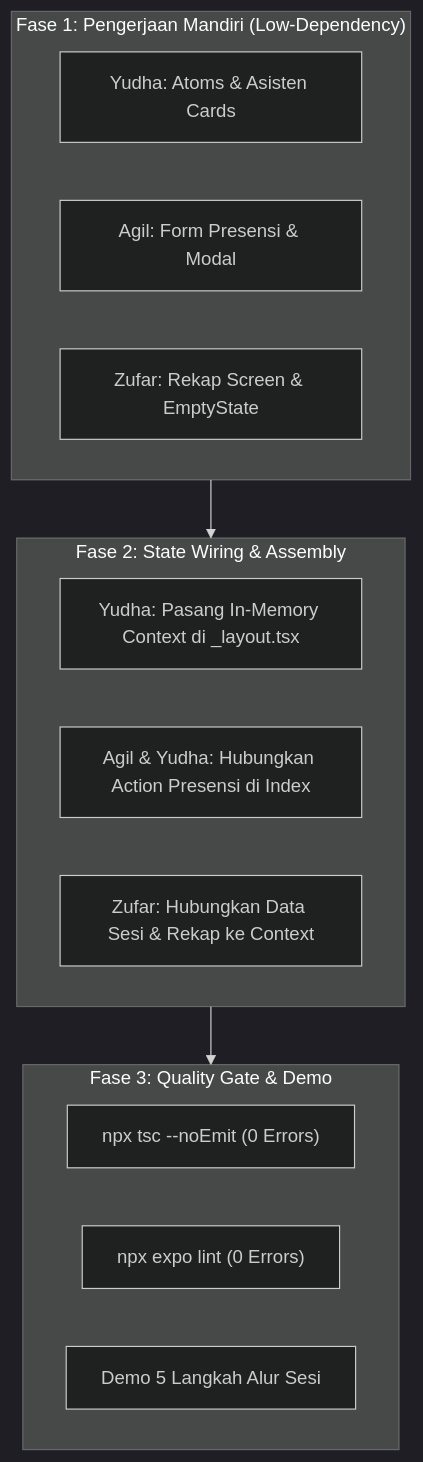
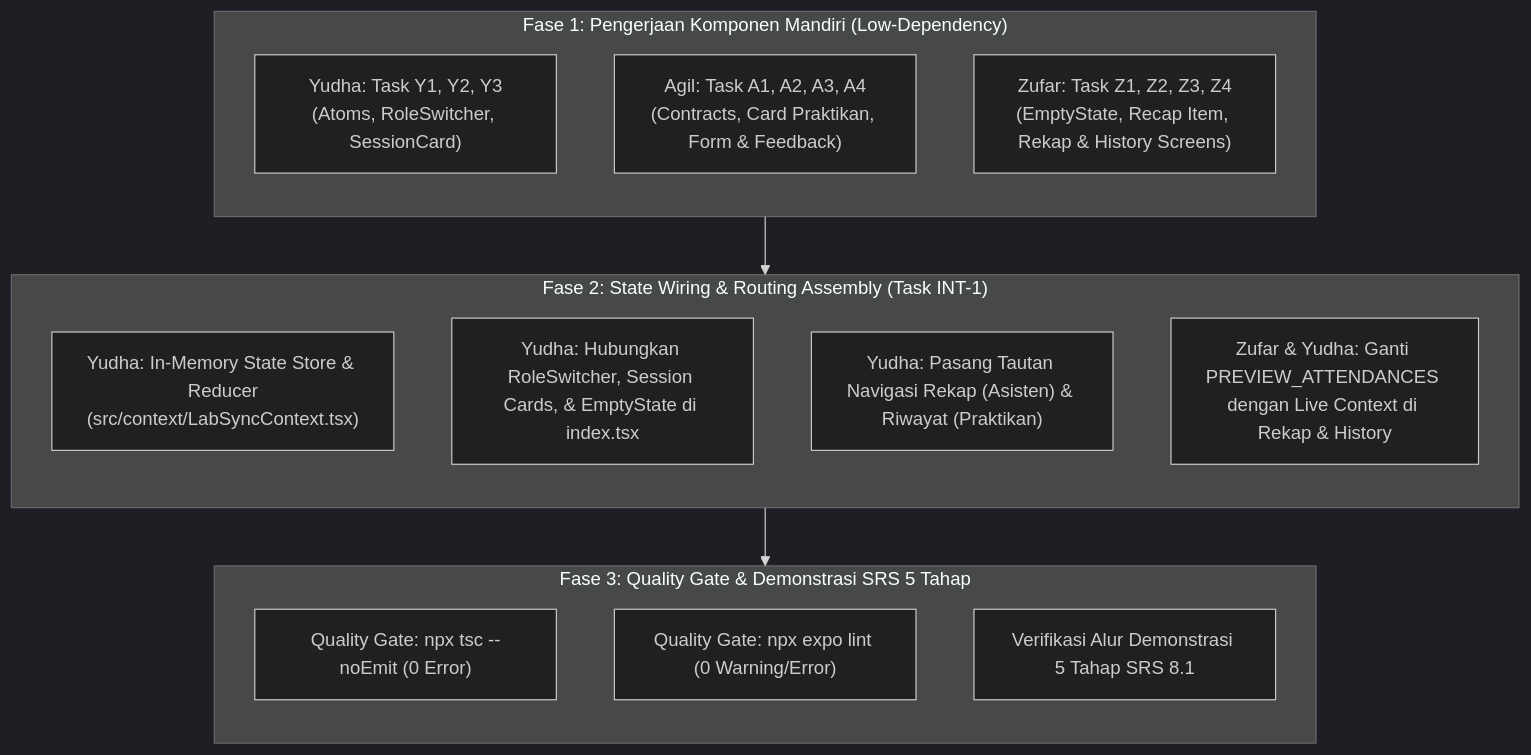
One commit to danielltgm/LabSync changed the diagram in docs/programmer.md. Above: the diagram before and after it, drawn with Mermaid (dark theme). The commit also changed other lines of this file and 31 other files, not shown here.

First line of the commit message:
feat(integration): integrate practical session flow, role switcher, and attendance state

````diff
--- a/docs/programmer.md
+++ b/docs/programmer.md
@@ -154,23 +161,27 @@
 ```mermaid
 flowchart TD
-    subgraph Fase_1_Independen["Fase 1: Pengerjaan Mandiri (Low-Dependency)"]
-        Y1["Yudha: Atoms & Asisten Cards"]
-        A1["Agil: Form Presensi & Modal"]
-        Z1["Zufar: Rekap Screen & EmptyState"]
+    subgraph Fase_1["Fase 1: Pengerjaan Komponen Mandiri (Low-Dependency)"]
+        direction TB
+        Y_Tasks["Yudha: Task Y1, Y2, Y3<br>(Atoms, RoleSwitcher, SessionCard)"]
+        A_Tasks["Agil: Task A1, A2, A3, A4<br>(Contracts, Card Praktikan, Form & Feedback)"]
+        Z_Tasks["Zufar: Task Z1, Z2, Z3, Z4<br>(EmptyState, Recap Item, Rekap & History Screens)"]
     end
 
-    subgraph Fase_2_Wiring["Fase 2: State Wiring & Assembly"]
-        Provider["Yudha: Pasang In-Memory Context di _layout.tsx"]
-        WireA["Agil & Yudha: Hubungkan Action Presensi di Index"]
-        WireZ["Zufar: Hubungkan Data Sesi & Rekap ke Context"]
+    subgraph Fase_2["Fase 2: State Wiring & Routing Assembly (Task INT-1)"]
+        direction TB
+        StateStore["Yudha: In-Memory State Store & Reducer<br>(src/context/LabSyncContext.tsx)"]
+        WireIndex["Yudha: Hubungkan RoleSwitcher, Session Cards, & EmptyState di index.tsx"]
+        WireNav["Yudha: Pasang Tautan Navigasi Rekap (Asisten) & Riwayat (Praktikan)"]
+        WireZufar["Zufar & Yudha: Ganti PREVIEW_ATTENDANCES dengan Live Context di Rekap & History"]
     end
 
-    subgraph Fase_3_Testing["Fase 3: Quality Gate & Demo"]
-        Typecheck["npx tsc --noEmit (0 Errors)"]
-        Lint["npx expo lint (0 Errors)"]
-        Demo["Demo 5 Langkah Alur Sesi"]
+    subgraph Fase_3["Fase 3: Quality Gate & Demonstrasi SRS 5 Tahap"]
+        direction TB
+        QC_Typecheck["Quality Gate: npx tsc --noEmit (0 Error)"]
+        QC_Lint["Quality Gate: npx expo lint (0 Warning/Error)"]
+        Demo5["Verifikasi Alur Demonstrasi 5 Tahap SRS 8.1"]
     end
 
-    Fase_1_Independen --> Fase_2_Wiring
-    Fase_2_Wiring --> Fase_3_Testing
+    Fase_1 --> Fase_2
+    Fase_2 --> Fase_3
 ```
````
